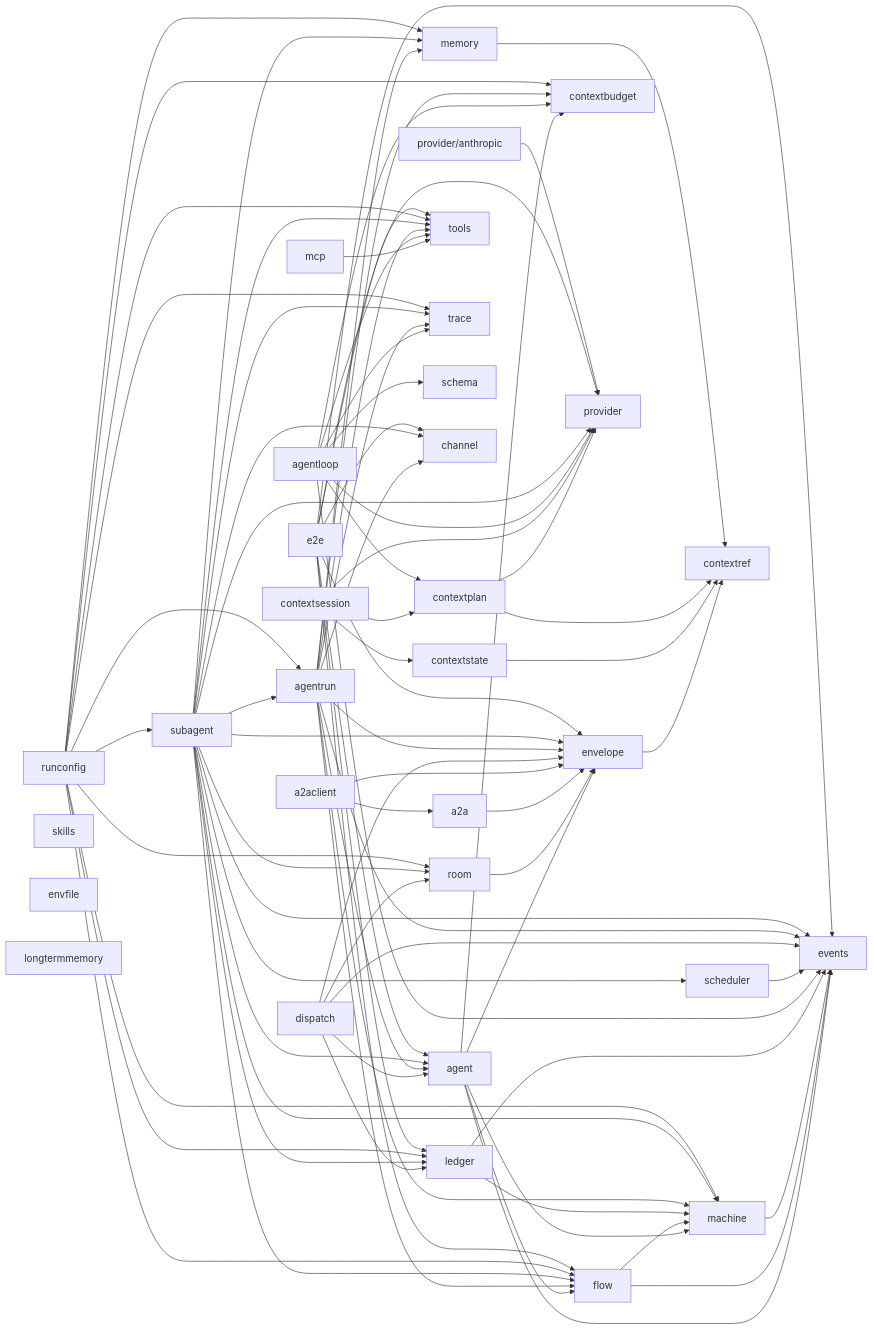
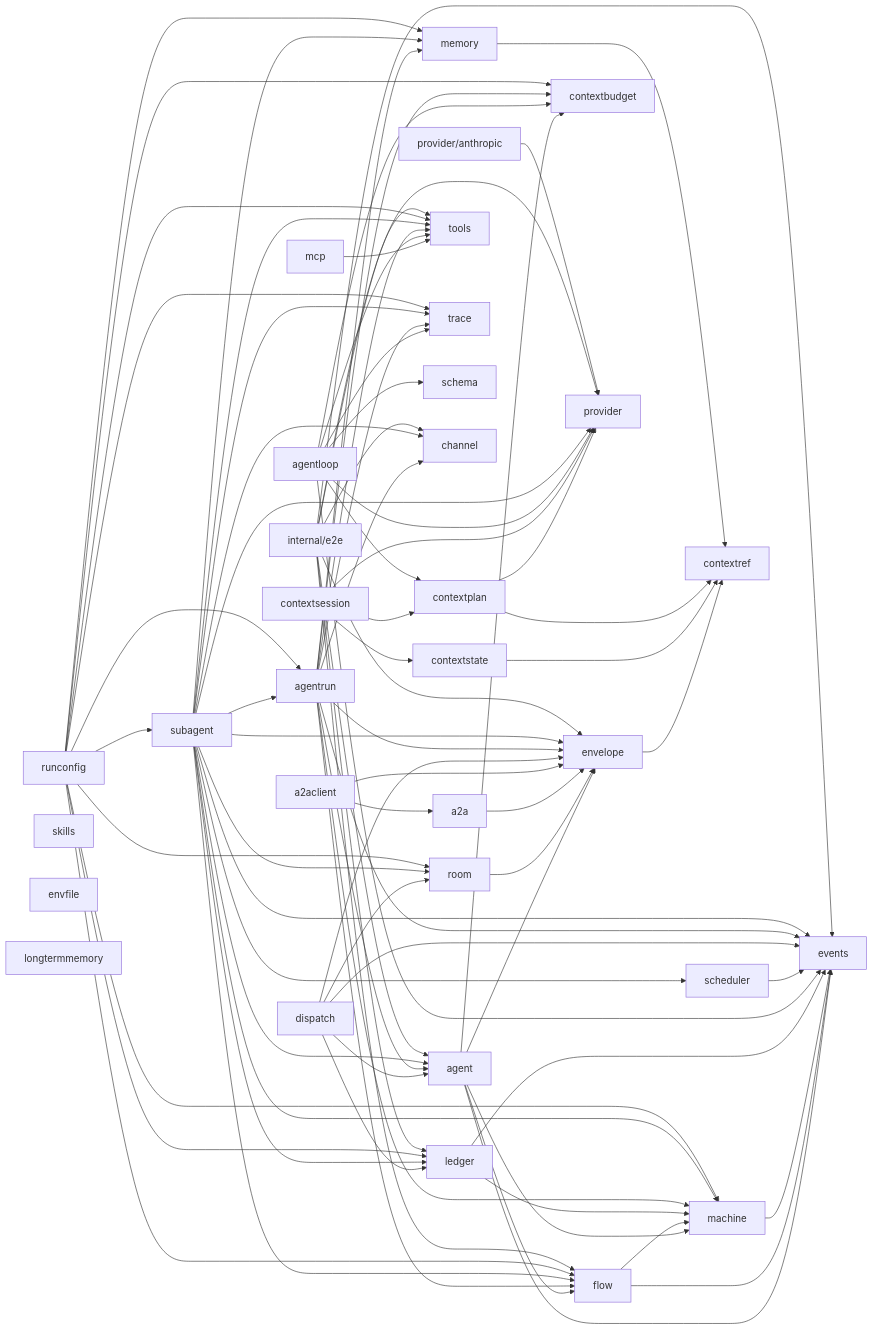
Before and after one commit to MiviaLabs/mivia-ai-sdk: the first of 2 diagrams in docs/architecture.md, drawn with Mermaid. The commit also changed other lines of this file and 37 other files, not shown here.

```diff
--- a/docs/architecture.md
+++ b/docs/architecture.md
@@ -106,14 +106,14 @@
     runconfig --> subagent
     runconfig --> tools
     runconfig --> trace
-    e2e --> agent
-    e2e --> channel
-    e2e --> envelope
-    e2e --> events
-    e2e --> flow
-    e2e --> ledger
-    e2e --> provider
-    e2e --> tools
+    internal_e2e["internal/e2e"] --> agent
+    internal_e2e["internal/e2e"] --> channel
+    internal_e2e["internal/e2e"] --> envelope
+    internal_e2e["internal/e2e"] --> events
+    internal_e2e["internal/e2e"] --> flow
+    internal_e2e["internal/e2e"] --> ledger
+    internal_e2e["internal/e2e"] --> provider
+    internal_e2e["internal/e2e"] --> tools
     anthropic["provider/anthropic"] --> provider
     contextbudget[contextbudget]
     schema[schema]
```
